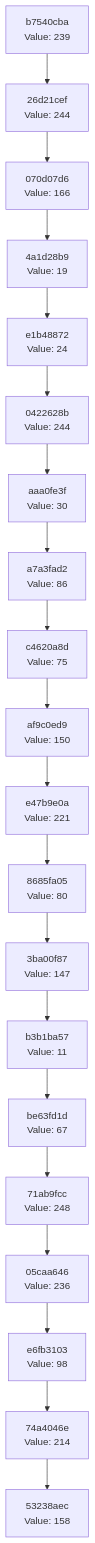
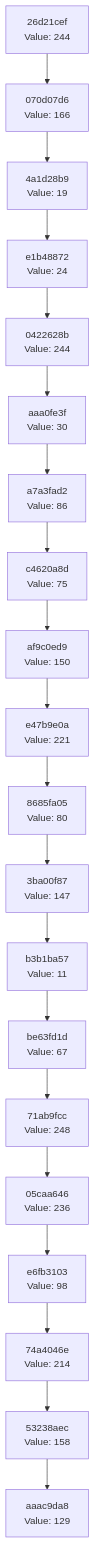
The diagram in docs/CHAIN_VISUALIZATION.md (Abhisheksinha1506/hash-chain-evolver), drawn with Mermaid before and after one commit. The commit also changed 2 other files, not shown here.

Commit message:
Evolution Step

````diff
--- a/docs/CHAIN_VISUALIZATION.md
+++ b/docs/CHAIN_VISUALIZATION.md
@@ -3,42 +3,42 @@
 ```mermaid
 graph TD
-    C0["53238aec<br/>Value: 158"]
-    C1["74a4046e<br/>Value: 214"]
+    C0["aaac9da8<br/>Value: 129"]
+    C1["53238aec<br/>Value: 158"]
     C1 --> C0
-    C2["e6fb3103<br/>Value: 98"]
+    C2["74a4046e<br/>Value: 214"]
     C2 --> C1
-    C3["05caa646<br/>Value: 236"]
+    C3["e6fb3103<br/>Value: 98"]
     C3 --> C2
-    C4["71ab9fcc<br/>Value: 248"]
+    C4["05caa646<br/>Value: 236"]
     C4 --> C3
-    C5["be63fd1d<br/>Value: 67"]
+    C5["71ab9fcc<br/>Value: 248"]
     C5 --> C4
-    C6["b3b1ba57<br/>Value: 11"]
+    C6["be63fd1d<br/>Value: 67"]
     C6 --> C5
-    C7["3ba00f87<br/>Value: 147"]
+    C7["b3b1ba57<br/>Value: 11"]
     C7 --> C6
-    C8["8685fa05<br/>Value: 80"]
+    C8["3ba00f87<br/>Value: 147"]
     C8 --> C7
-    C9["e47b9e0a<br/>Value: 221"]
+    C9["8685fa05<br/>Value: 80"]
     C9 --> C8
-    C10["af9c0ed9<br/>Value: 150"]
+    C10["e47b9e0a<br/>Value: 221"]
     C10 --> C9
-    C11["c4620a8d<br/>Value: 75"]
+    C11["af9c0ed9<br/>Value: 150"]
     C11 --> C10
-    C12["a7a3fad2<br/>Value: 86"]
+    C12["c4620a8d<br/>Value: 75"]
     C12 --> C11
-    C13["aaa0fe3f<br/>Value: 30"]
+    C13["a7a3fad2<br/>Value: 86"]
     C13 --> C12
-    C14["0422628b<br/>Value: 244"]
+    C14["aaa0fe3f<br/>Value: 30"]
     C14 --> C13
-    C15["e1b48872<br/>Value: 24"]
+    C15["0422628b<br/>Value: 244"]
     C15 --> C14
-    C16["4a1d28b9<br/>Value: 19"]
+    C16["e1b48872<br/>Value: 24"]
     C16 --> C15
-    C17["070d07d6<br/>Value: 166"]
+    C17["4a1d28b9<br/>Value: 19"]
     C17 --> C16
-    C18["26d21cef<br/>Value: 244"]
+    C18["070d07d6<br/>Value: 166"]
     C18 --> C17
-    C19["b7540cba<br/>Value: 239"]
+    C19["26d21cef<br/>Value: 244"]
     C19 --> C18
 ```
````
